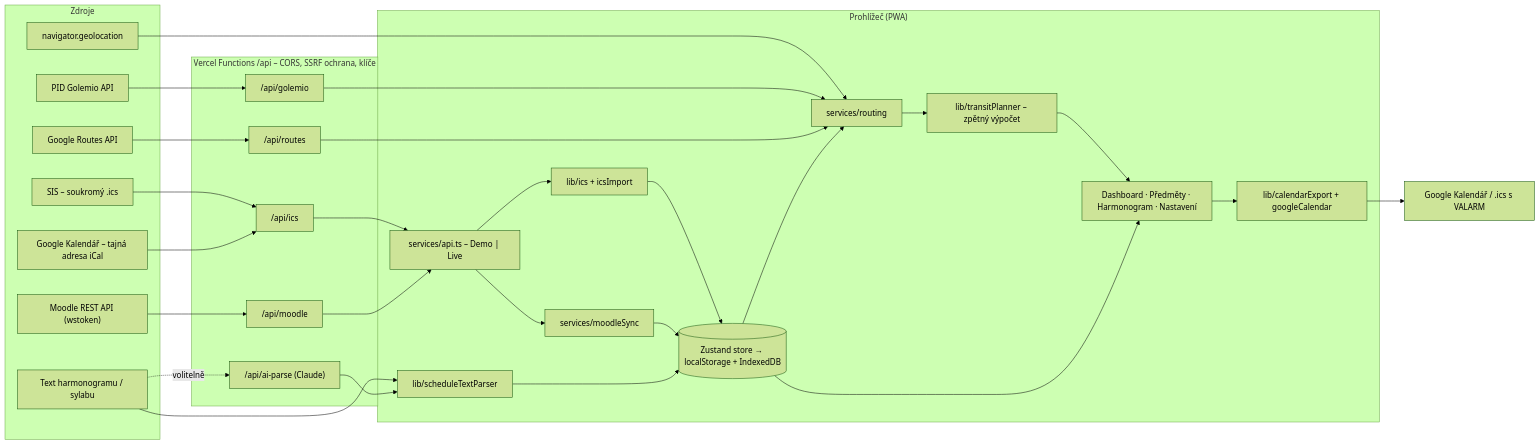
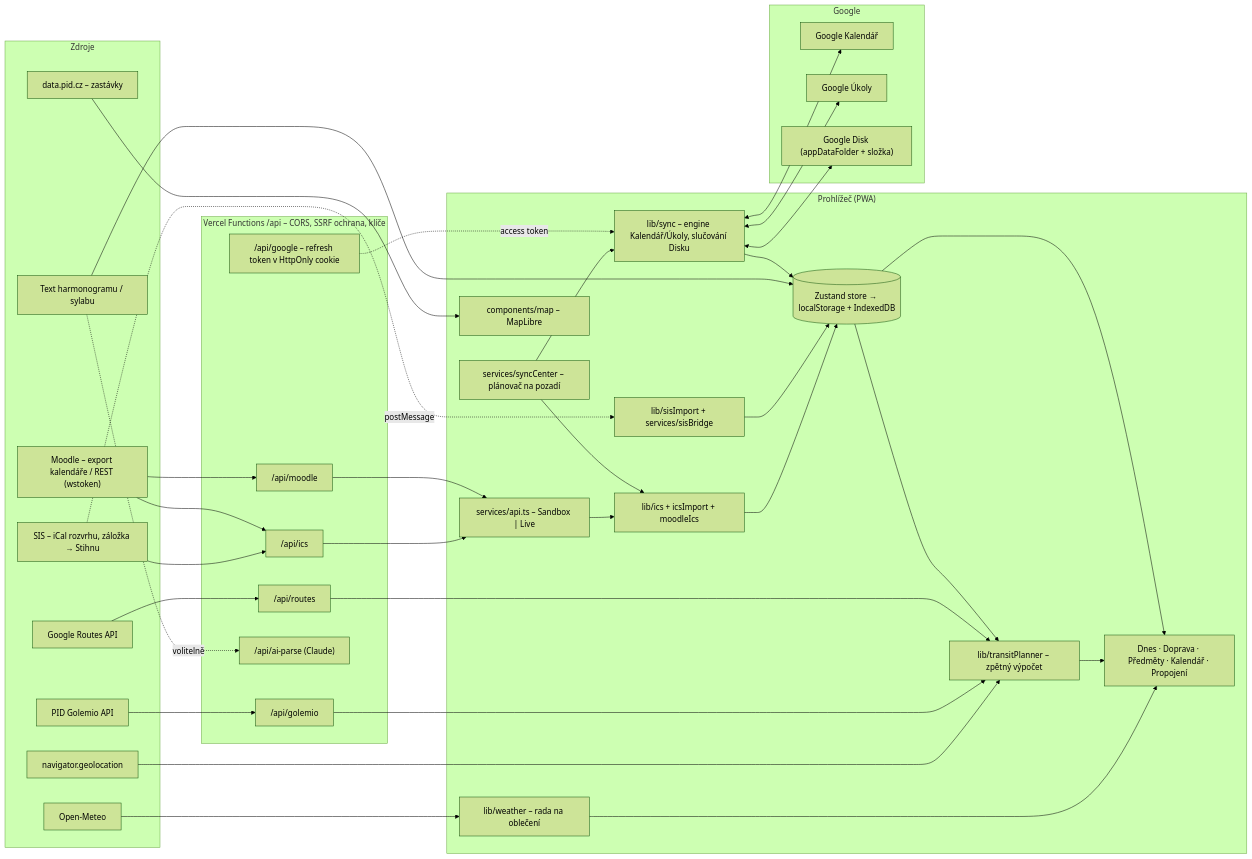
The diagram in ARCHITECTURE.md (andron297/prazskystudent), drawn with Mermaid (forest theme) before and after one commit. The commit also changed other lines of this file and 12 other files, not shown here.

First line of the commit message:
Dokumentace 2.0: návod na Google, Moodle přes kalendář, SIS záložka; nové screenshoty

````diff
--- a/ARCHITECTURE.md
+++ b/ARCHITECTURE.md
@@ -6,45 +6,62 @@
 ```mermaid
 flowchart LR
   subgraph Zdroje
-    SIS["SIS – soukromý .ics"]
-    GCAL["Google Kalendář – tajná adresa iCal"]
-    MOODLE["Moodle REST API (wstoken)"]
+    SIS["SIS – iCal rozvrhu, záložka → Stihnu"]
+    MOODLE["Moodle – export kalendáře / REST (wstoken)"]
     TEXT["Text harmonogramu / sylabu"]
     GPS["navigator.geolocation"]
     GOL["PID Golemio API"]
     ROUTES["Google Routes API"]
+    PID["data.pid.cz – zastávky"]
+    METEO["Open-Meteo"]
   end
 
   subgraph Proxy["Vercel Functions /api – CORS, SSRF ochrana, klíče"]
     PICS["/api/ics"]
     PMOO["/api/moodle"]
     PGOL["/api/golemio"]
     PRT["/api/routes"]
     PAI["/api/ai-parse (Claude)"]
+    PGOO["/api/google – refresh token v HttpOnly cookie"]
   end
 
   subgraph Klient["Prohlížeč (PWA)"]
-    API["services/api.ts – Demo | Live"]
-    ICSP["lib/ics + icsImport"]
-    SYNC["services/moodleSync"]
-    PARSER["lib/scheduleTextParser"]
-    ROUTING["services/routing"]
+    API["services/api.ts – Sandbox | Live"]
+    CENTER["services/syncCenter – plánovač na pozadí"]
+    ENGINE["lib/sync – engine Kalendář/Úkoly, slučování Disku"]
+    ICSP["lib/ics + icsImport + moodleIcs"]
+    SISP["lib/sisImport + services/sisBridge"]
     PLAN["lib/transitPlanner – zpětný výpočet"]
+    MAP["components/map – MapLibre"]
+    WEATHER["lib/weather – rada na oblečení"]
     STORE[("Zustand store → localStorage + IndexedDB")]
-    UI["Dashboard · Předměty · Harmonogram · Nastavení"]
-    EXPORT["lib/calendarExport + googleCalendar"]
+    UI["Dnes · Doprava · Předměty · Kalendář · Propojení"]
   end
 
-  SIS --> PICS
-  GCAL --> PICS
-  PICS --> API --> ICSP --> STORE
-  MOODLE --> PMOO --> API --> SYNC --> STORE
-  TEXT --> PARSER --> STORE
-  TEXT -. volitelně .-> PAI --> PARSER
-  GPS --> ROUTING
-  GOL --> PGOL --> ROUTING
-  ROUTES --> PRT --> ROUTING
-  STORE --> ROUTING --> PLAN --> UI
+  subgraph Google
+    GCAL["Google Kalendář"]
+    GTASKS["Google Úkoly"]
+    GDRIVE["Google Disk (appDataFolder + složka)"]
+  end
+
+  SIS --> PICS --> API --> ICSP --> STORE
+  MOODLE --> PICS
+  MOODLE --> PMOO --> API
+  SIS -. postMessage .-> SISP --> STORE
+  TEXT --> STORE
+  TEXT -. volitelně .-> PAI
+  GPS --> PLAN
+  GOL --> PGOL --> PLAN
+  ROUTES --> PRT --> PLAN
+  PID --> MAP
+  METEO --> WEATHER --> UI
+  STORE --> PLAN --> UI
+  CENTER --> ICSP
+  CENTER --> ENGINE
+  ENGINE <--> GCAL
+  ENGINE <--> GTASKS
+  ENGINE <--> GDRIVE
+  ENGINE --> STORE
+  PGOO -. access token .-> ENGINE
   STORE --> UI
-  UI --> EXPORT --> GOOGLE["Google Kalendář / .ics s VALARM"]
 ```
````
